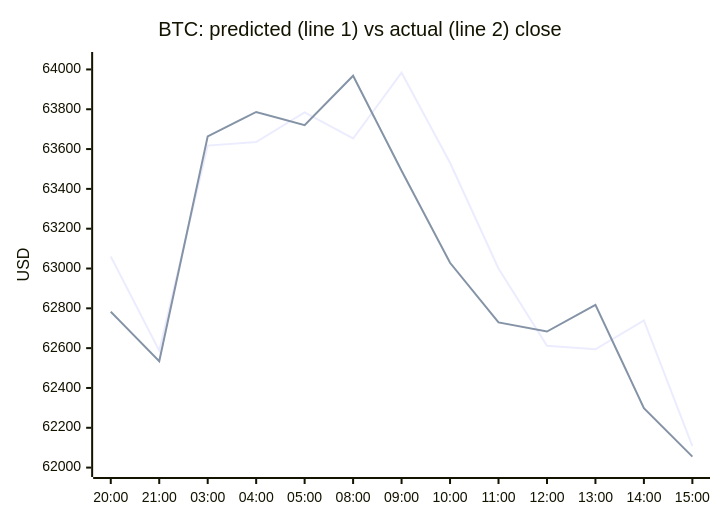
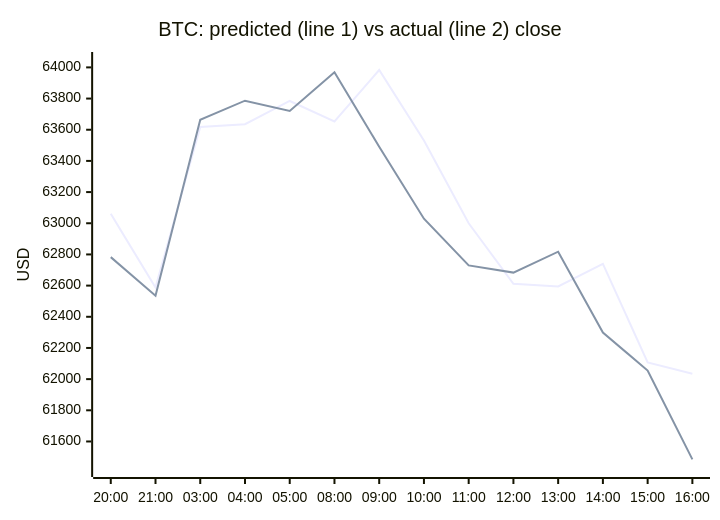
Before and after one commit to samuelkreitl-wq/crypto-hourly-forecaster: the first of 4 diagrams in README.md, drawn with Mermaid. The commit also changed other lines of this file and 14 other files, not shown here.

````diff
--- a/README.md
+++ b/README.md
@@ -38,8 +38,8 @@
 ```mermaid
 xychart-beta
     title "BTC: predicted (line 1) vs actual (line 2) close"
-    x-axis ["20:00", "21:00", "03:00", "04:00", "05:00", "08:00", "09:00", "10:00", "11:00", "12:00", "13:00", "14:00", "15:00"]
-    y-axis "USD" 61992.9450 --> 64047.4023
-    line [63060.3716, 62587.6439, 63617.4254, 63635.2318, 63784.5035, 63653.0941, 63983.4189, 63531.0235, 63000.0108, 62611.7840, 62594.5179, 62738.9417, 62107.3691]
-    line [62782.7000, 62534.9000, 63664.0000, 63786.4000, 63720.2000, 63968.3000, 63491.0000, 63028.9000, 62729.5000, 62683.5000, 62817.6000, 62298.8000, 62055.0000]
+    x-axis ["20:00", "21:00", "03:00", "04:00", "05:00", "08:00", "09:00", "10:00", "11:00", "12:00", "13:00", "14:00", "15:00", "16:00"]
+    y-axis "USD" 61423.4151 --> 64047.4023
+    line [63060.3716, 62587.6439, 63617.4254, 63635.2318, 63784.5035, 63653.0941, 63983.4189, 63531.0235, 63000.0108, 62611.7840, 62594.5179, 62738.9417, 62107.3691, 62034.4887]
+    line [62782.7000, 62534.9000, 63664.0000, 63786.4000, 63720.2000, 63968.3000, 63491.0000, 63028.9000, 62729.5000, 62683.5000, 62817.6000, 62298.8000, 62055.0000, 61484.9000]
 ```
````
